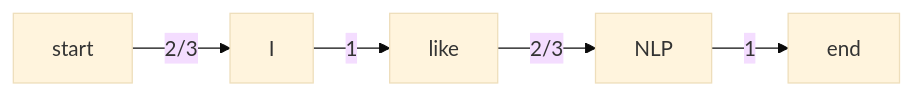
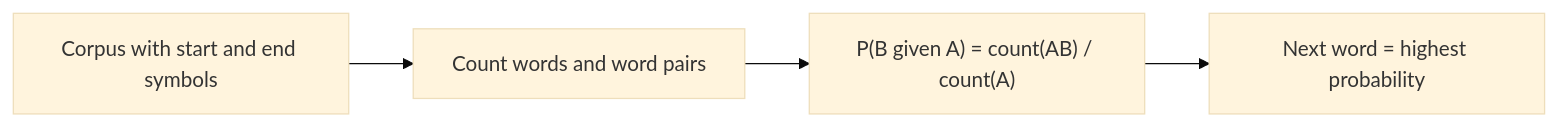
One commit to TrendySloth1001/sem-seven-notes changed the diagram in content/natural-language-processing/pyq/2024-12-ce/q4b.mdx. Above: the diagram before and after it, drawn with Mermaid (base theme). The commit also changed other lines of this file and 406 other files, not shown here.

````diff
--- a/content/natural-language-processing/pyq/2024-12-ce/q4b.mdx
+++ b/content/natural-language-processing/pyq/2024-12-ce/q4b.mdx
@@ -62,8 +17,7 @@
 ```mermaid
-%% caption: A bigram model moves one word at a time; each arrow carries P(next word given the current word).
+%% caption: How an N-gram language model predicts: count word pairs in a corpus, turn counts into probabilities, pick the most probable next word.
 flowchart LR
-  S["start"] -->|"2/3"| I["I"]
-  I -->|"1"| L["like"]
-  L -->|"2/3"| N["NLP"]
-  N -->|"1"| E["end"]
+  A["Corpus with start and end symbols"] --> B["Count words and word pairs"]
+  B --> C["P(B given A) = count(AB) / count(A)"]
+  C --> D["Next word = highest probability"]
 ```
````
